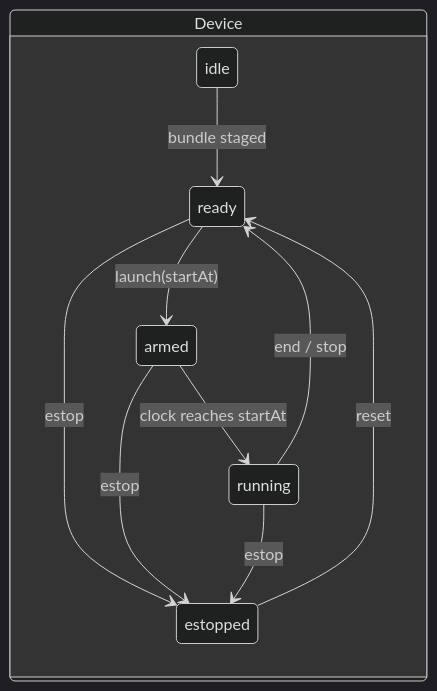
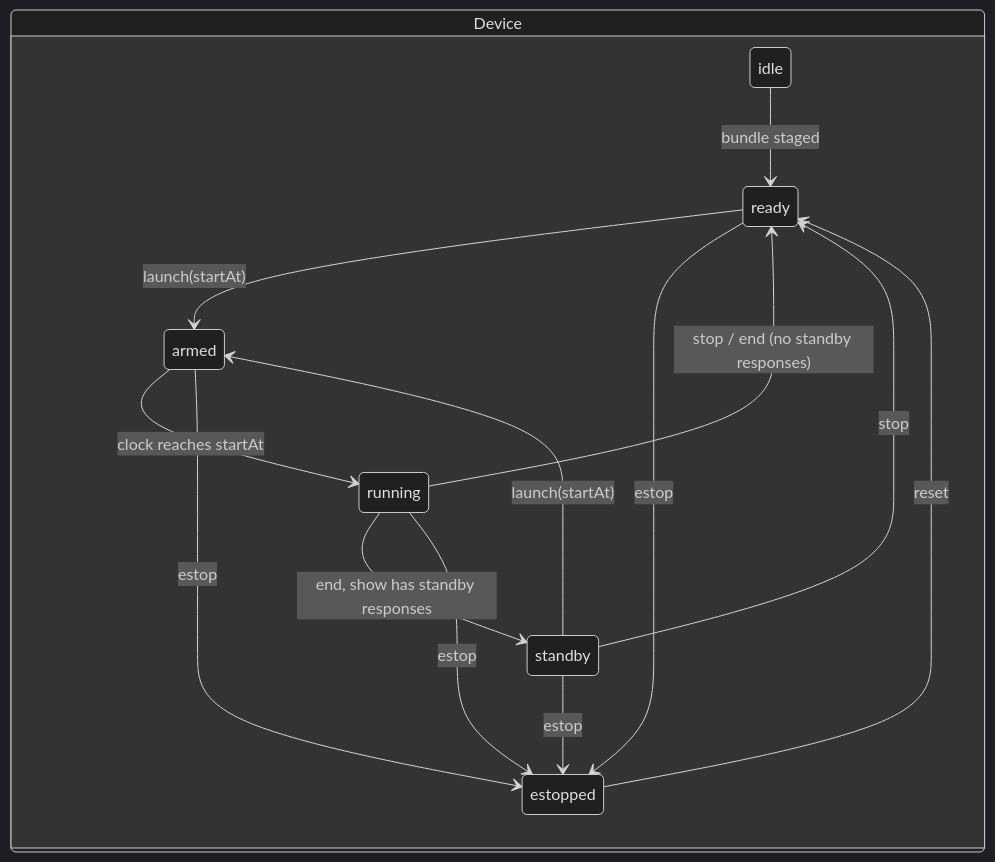
One commit to dulyahackana/showstudio changed the fifth of 5 diagrams in docs/data-model.md. Above: the diagram before and after it, drawn with Mermaid (dark theme). The commit also changed other lines of this file and 97 other files, not shown here.

````diff
--- a/docs/data-model.md
+++ b/docs/data-model.md
@@ -208,14 +211,18 @@
 ```mermaid
 stateDiagram-v2
   direction LR
   state "Device" as dev {
     idle --> ready: bundle staged
     ready --> armed: launch(startAt)
     armed --> running: clock reaches startAt
-    running --> ready: end / stop
+    running --> ready: stop / end (no standby responses)
+    running --> standby: end, show has standby responses
+    standby --> ready: stop
+    standby --> armed: launch(startAt)
+    standby --> estopped: estop
     ready --> estopped: estop
     armed --> estopped: estop
     running --> estopped: estop
     estopped --> ready: reset
   }
 ```
````
